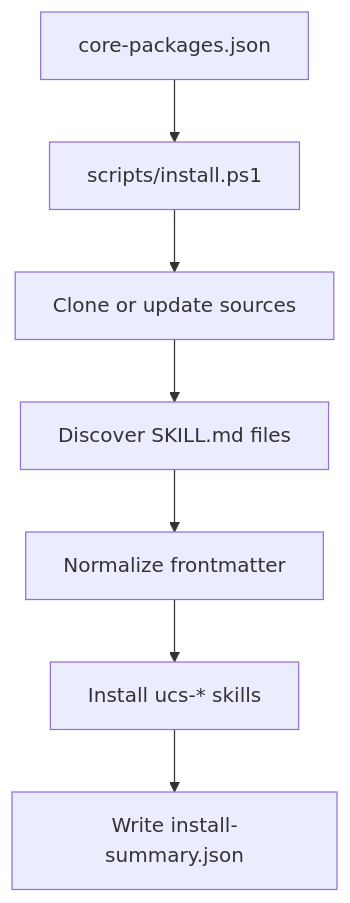
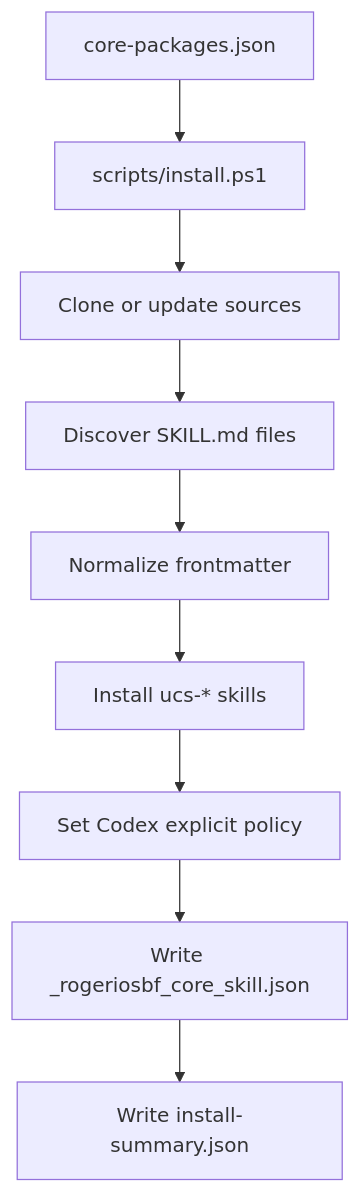
Before and after one commit to sbfrogerio/rogeriosbf-core-skills: the diagram in docs/ARCHITECTURE.md, drawn with Mermaid. The commit also changed other lines of this file and 11 other files, not shown here.

````diff
--- a/docs/ARCHITECTURE.md
+++ b/docs/ARCHITECTURE.md
@@ -21,9 +22,11 @@
 ```mermaid
 flowchart TD
   A["core-packages.json"] --> B["scripts/install.ps1"]
   B --> C["Clone or update sources"]
   C --> D["Discover SKILL.md files"]
   D --> E["Normalize frontmatter"]
   E --> F["Install ucs-* skills"]
-  F --> G["Write install-summary.json"]
+  F --> G["Set Codex explicit policy"]
+  G --> H["Write _rogeriosbf_core_skill.json"]
+  H --> I["Write install-summary.json"]
 ```
````
